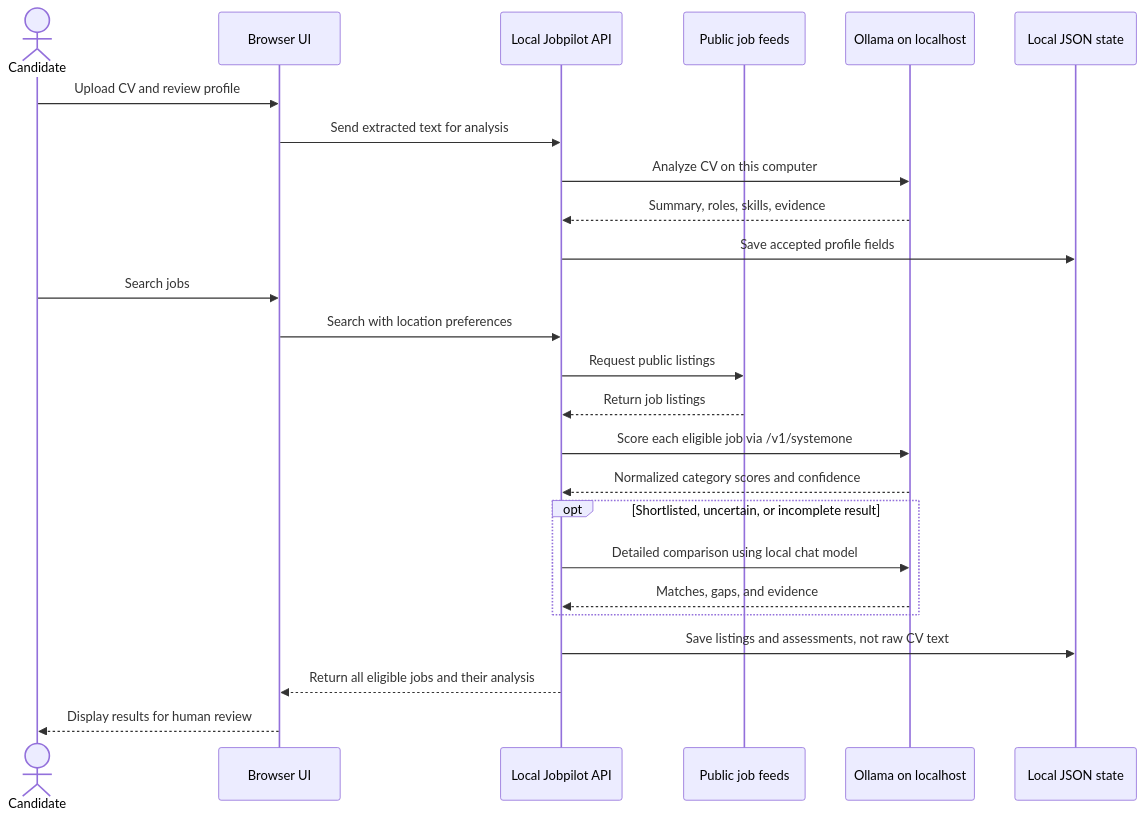
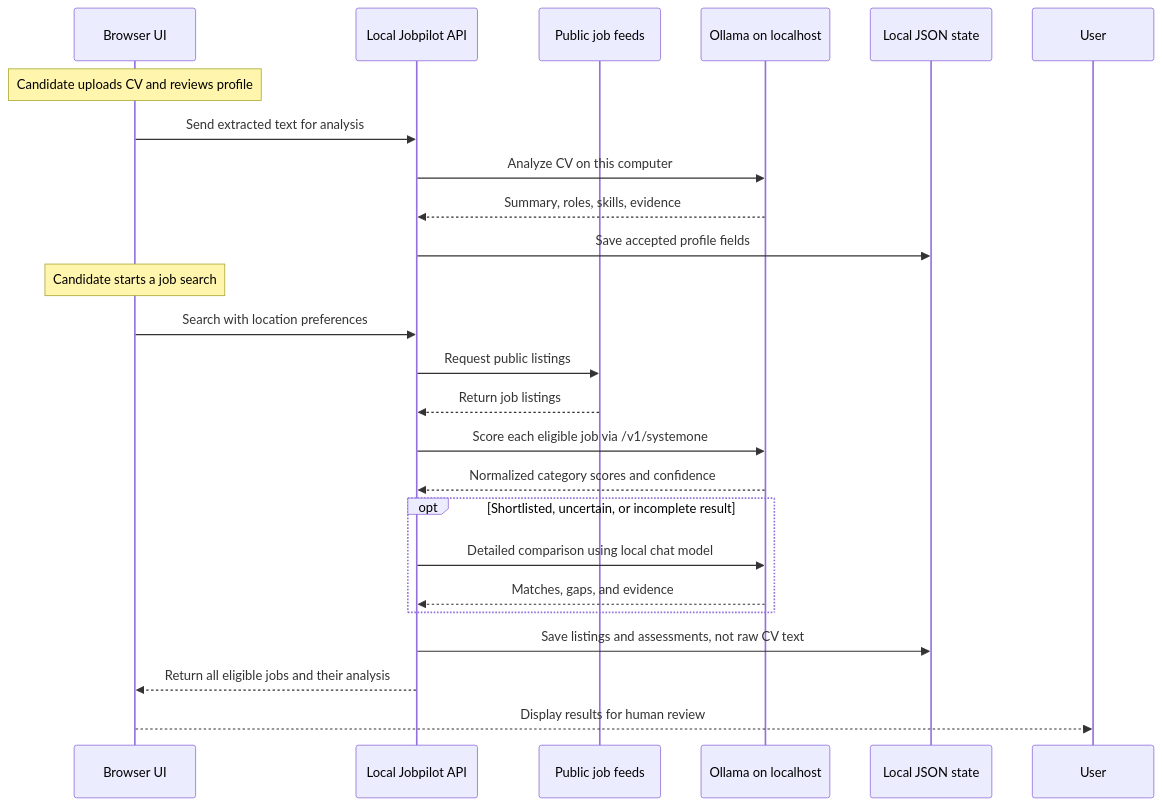
Before and after one commit to sinariazi/jobpilot: the third of 3 diagrams in README.md, drawn with Mermaid. The commit also changed other lines of this file, not shown here.

Commit message:
Polish README architecture diagrams

````diff
--- a/README.md
+++ b/README.md
@@ -164,28 +164,27 @@
 ```mermaid
 sequenceDiagram
-    actor User as Candidate
     participant UI as Browser UI
     participant App as Local Jobpilot API
     participant Feed as Public job feeds
     participant AI as Ollama on localhost
     participant Disk as Local JSON state
 
-    User->>UI: Upload CV and review profile
+    Note over UI: Candidate uploads CV and reviews profile
     UI->>App: Send extracted text for analysis
     App->>AI: Analyze CV on this computer
     AI-->>App: Summary, roles, skills, evidence
     App->>Disk: Save accepted profile fields
-    User->>UI: Search jobs
+    Note over UI: Candidate starts a job search
     UI->>App: Search with location preferences
     App->>Feed: Request public listings
     Feed-->>App: Return job listings
     App->>AI: Score each eligible job via /v1/systemone
     AI-->>App: Normalized category scores and confidence
     opt Shortlisted, uncertain, or incomplete result
         App->>AI: Detailed comparison using local chat model
         AI-->>App: Matches, gaps, and evidence
     end
     App->>Disk: Save listings and assessments, not raw CV text
     App-->>UI: Return all eligible jobs and their analysis
     UI-->>User: Display results for human review
 ```
````
